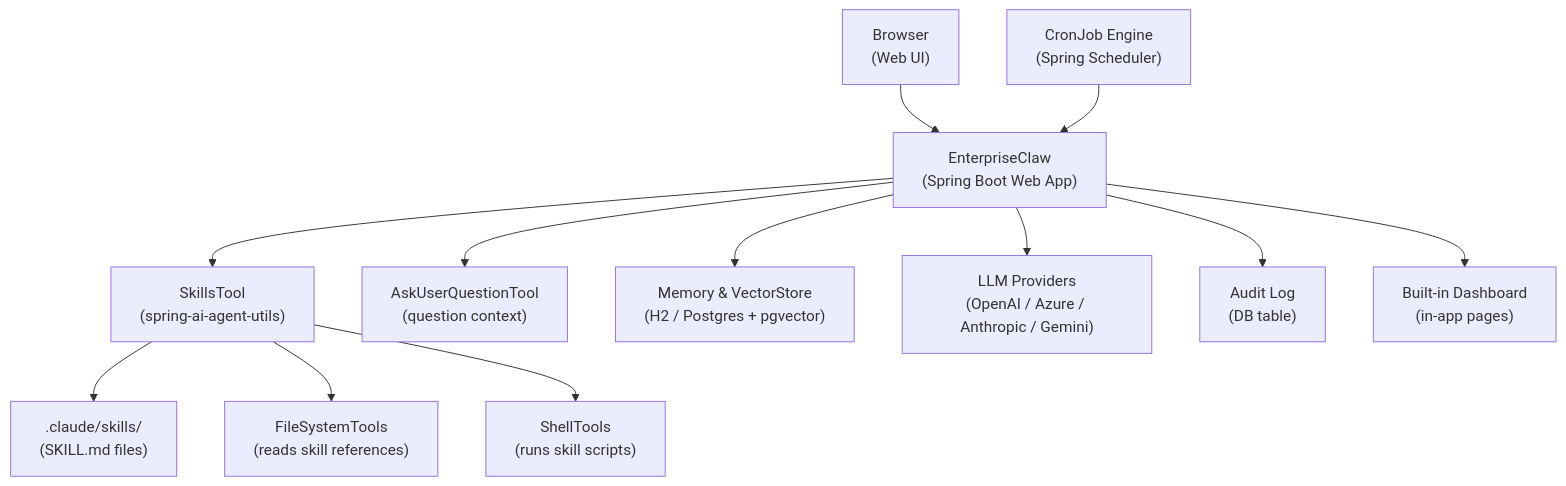
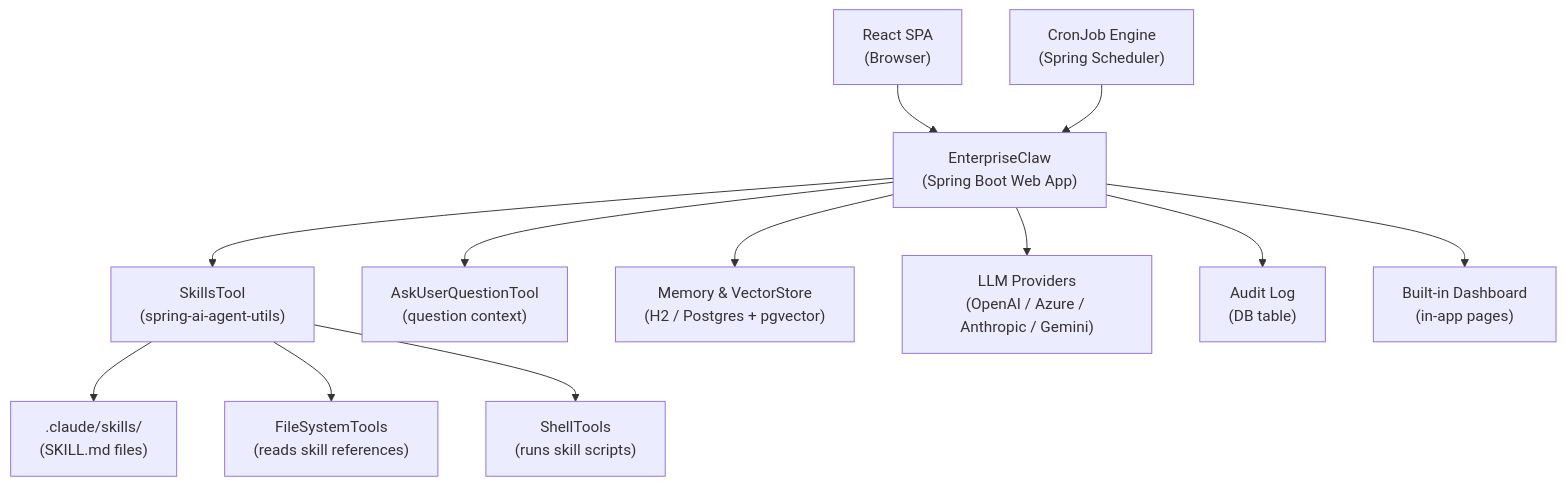
The first of 8 diagrams in docs/trd-enterpriseclaw.md (enterpriseclaw/enterpriseclaw), drawn with Mermaid before and after one commit. The commit also changed other lines of this file, not shown here.

Commit message:
docs: add React frontend, Taskfile.yml, and .env spec to TRD

````diff
--- a/docs/trd-enterpriseclaw.md
+++ b/docs/trd-enterpriseclaw.md
@@ -81,27 +85,27 @@
 ```mermaid
 flowchart TD
-    Browser["Browser\n(Web UI)"]
+    Browser["React SPA\n(Browser)"]
     App["EnterpriseClaw\n(Spring Boot Web App)"]
     SkillsDir[".claude/skills/\n(SKILL.md files)"]
     SkillsTool["SkillsTool\n(spring-ai-agent-utils)"]
     FileSystemTools["FileSystemTools\n(reads skill references)"]
     ShellTools["ShellTools\n(runs skill scripts)"]
     AskUser["AskUserQuestionTool\n(question context)"]
     Memory["Memory & VectorStore\n(H2 / Postgres + pgvector)"]
     LLM["LLM Providers\n(OpenAI / Azure / Anthropic / Gemini)"]
     Cron["CronJob Engine\n(Spring Scheduler)"]
     Audit["Audit Log\n(DB table)"]
     Dash["Built-in Dashboard\n(in-app pages)"]
 
     Browser --> App
     App --> SkillsTool
     App --> AskUser
     App --> Memory
     App --> LLM
     App --> Audit
     App --> Dash
     Cron --> App
     SkillsTool --> SkillsDir
     SkillsTool --> FileSystemTools
     SkillsTool --> ShellTools
 ```
````
